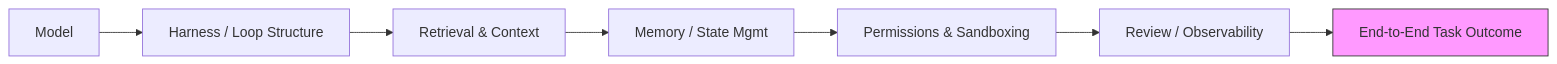
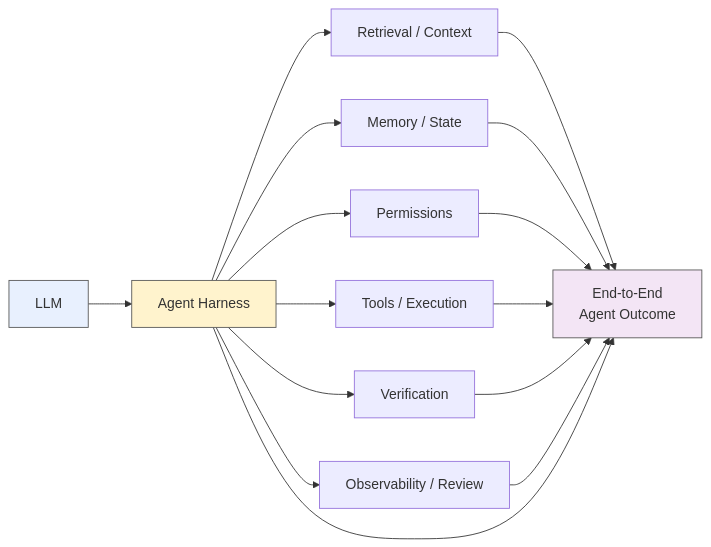
One commit to minwu-ai/minwu-ai.github.io changed the diagram in posts/unpublished/a-314-page-audit-says-your-coding-agent-s-model-problem-is-p.md. Above: the diagram before and after it, drawn with Mermaid. The commit also changed other lines of this file, not shown here.

````diff
--- a/posts/unpublished/a-314-page-audit-says-your-coding-agent-s-model-problem-is-p.md
+++ b/posts/unpublished/a-314-page-audit-says-your-coding-agent-s-model-problem-is-p.md
@@ -23,10 +47,23 @@
 ```mermaid
 flowchart LR
-  A[Model] --> B[Harness / Loop Structure]
-  B --> C[Retrieval & Context]
-  C --> D[Memory / State Mgmt]
-  D --> E[Permissions & Sandboxing]
-  E --> F[Review / Observability]
-  F --> G[End-to-End Task Outcome]
-  style G fill:#f9f,stroke:#333
+    M["LLM"] --> H["Agent Harness"]
+
+    H --> R["Retrieval / Context"]
+    H --> S["Memory / State"]
+    H --> P["Permissions"]
+    H --> E["Tools / Execution"]
+    H --> V["Verification"]
+    H --> O["Observability / Review"]
+
+    R --> T["End-to-End<br/>Agent Outcome"]
+    S --> T
+    P --> T
+    E --> T
+    V --> T
+    O --> T
+    H --> T
+
+    style M fill:#e8f0fe,stroke:#555
+    style H fill:#fff3cd,stroke:#555
+    style T fill:#f3e5f5,stroke:#555
 ```
````
